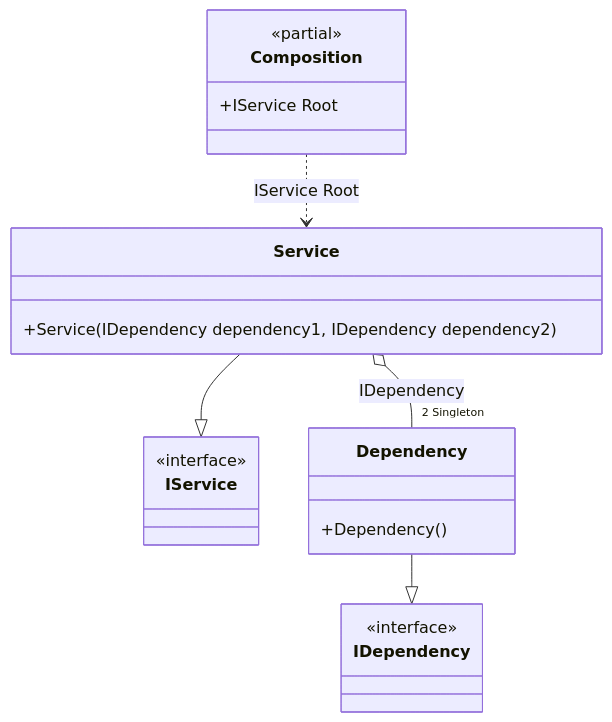
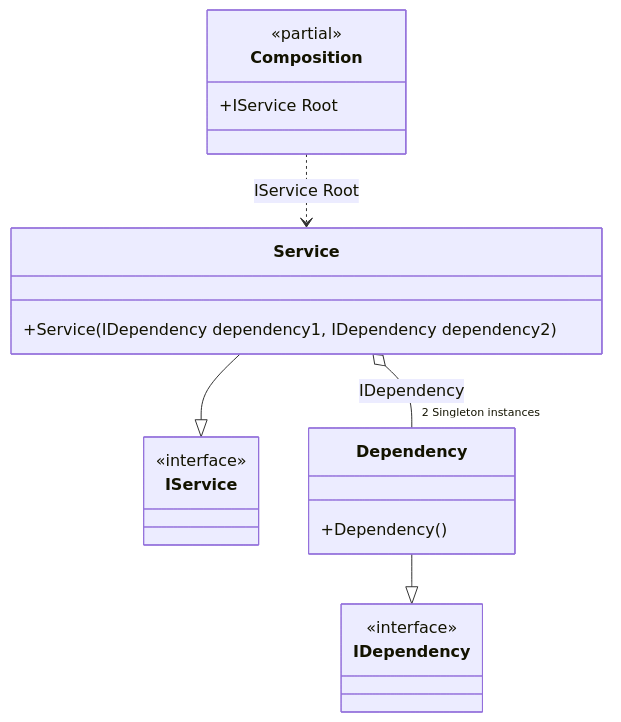
The diagram in readme/default-lifetime-for-a-type.md (DevTeam/Pure.DI), drawn with Mermaid before and after one commit. The commit also changed 10 other files, not shown here.

````diff
--- a/readme/default-lifetime-for-a-type.md
+++ b/readme/default-lifetime-for-a-type.md
@@ -94,23 +94,23 @@
 ```mermaid
 classDiagram
 	class Composition {
 		<<partial>>
 		+IService Root
 	}
 	Service --|> IService
 	class Service {
 		+Service(IDependency dependency1, IDependency dependency2)
 	}
 	Dependency --|> IDependency
 	class Dependency {
 		+Dependency()
 	}
 	class IService {
 		<<interface>>
 	}
 	class IDependency {
 		<<interface>>
 	}
 	Composition ..> Service : IService Root
-	Service o-- "2 Singleton" Dependency : IDependency
+	Service o-- "2 Singleton instances" Dependency : IDependency
 ```
````
